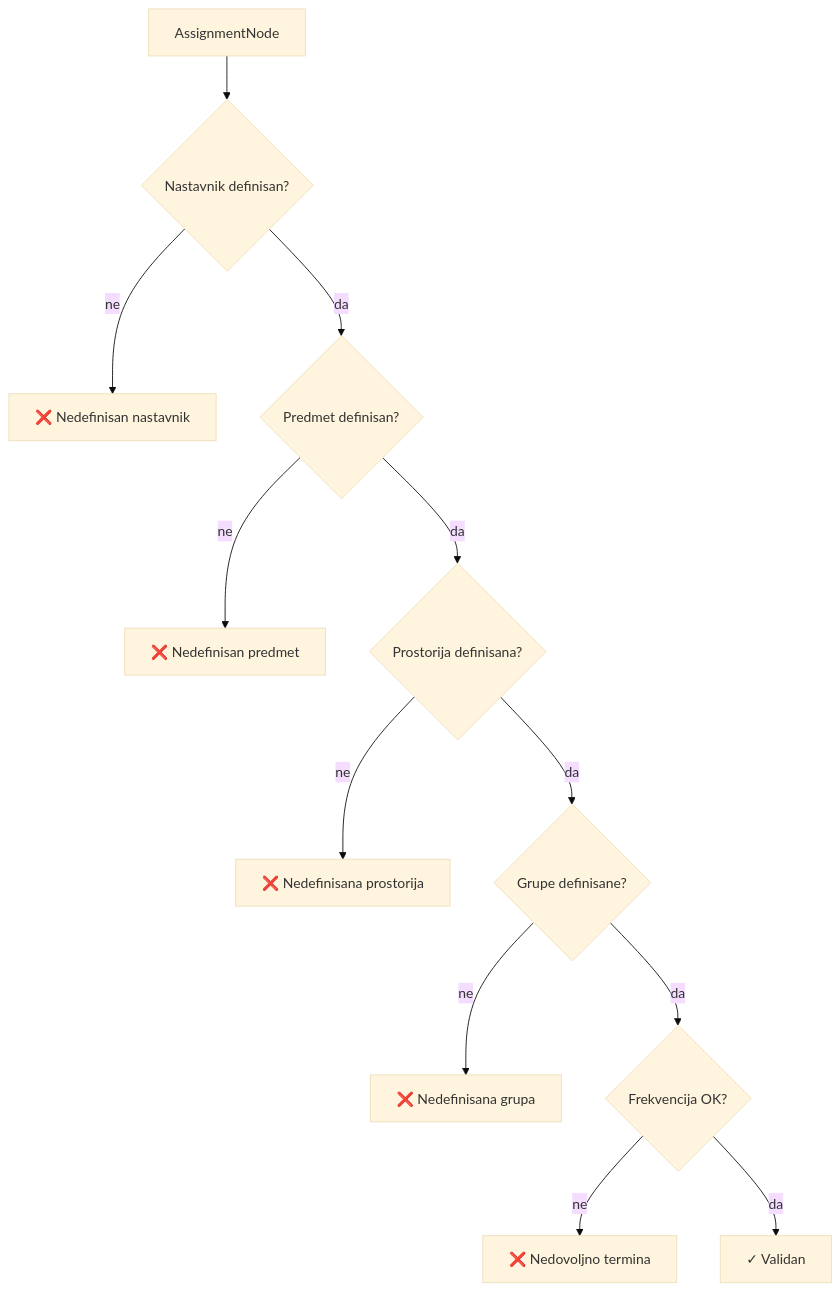
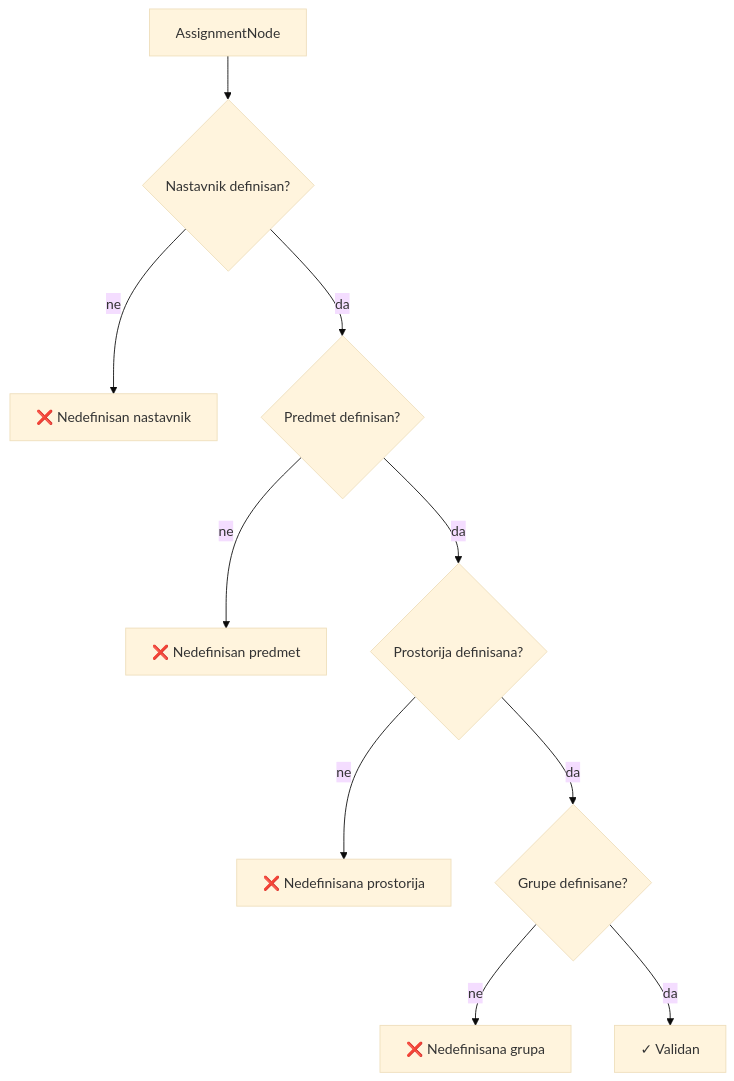
The seventh of 8 diagrams in discussion.md (ezajko/tt2gwscal-sync), drawn with Mermaid (base theme) before and after one commit. The commit also changed other lines of this file, not shown here.

````diff
--- a/discussion.md
+++ b/discussion.md
@@ -873,14 +1030,12 @@
 ```mermaid
 graph TD
     A["AssignmentNode"] --> B{"Nastavnik definisan?"}
     B -->|"ne"| C["❌ Nedefinisan nastavnik"]
     B -->|"da"| D{"Predmet definisan?"}
     D -->|"ne"| E["❌ Nedefinisan predmet"]
     D -->|"da"| F{"Prostorija definisana?"}
     F -->|"ne"| G["❌ Nedefinisana prostorija"]
     F -->|"da"| H{"Grupe definisane?"}
     H -->|"ne"| I["❌ Nedefinisana grupa"]
-    H -->|"da"| J{"Frekvencija OK?"}
-    J -->|"ne"| K["❌ Nedovoljno termina"]
-    J -->|"da"| L["✓ Validan"]
+    H -->|"da"| J["✓ Validan"]
 ```
````
